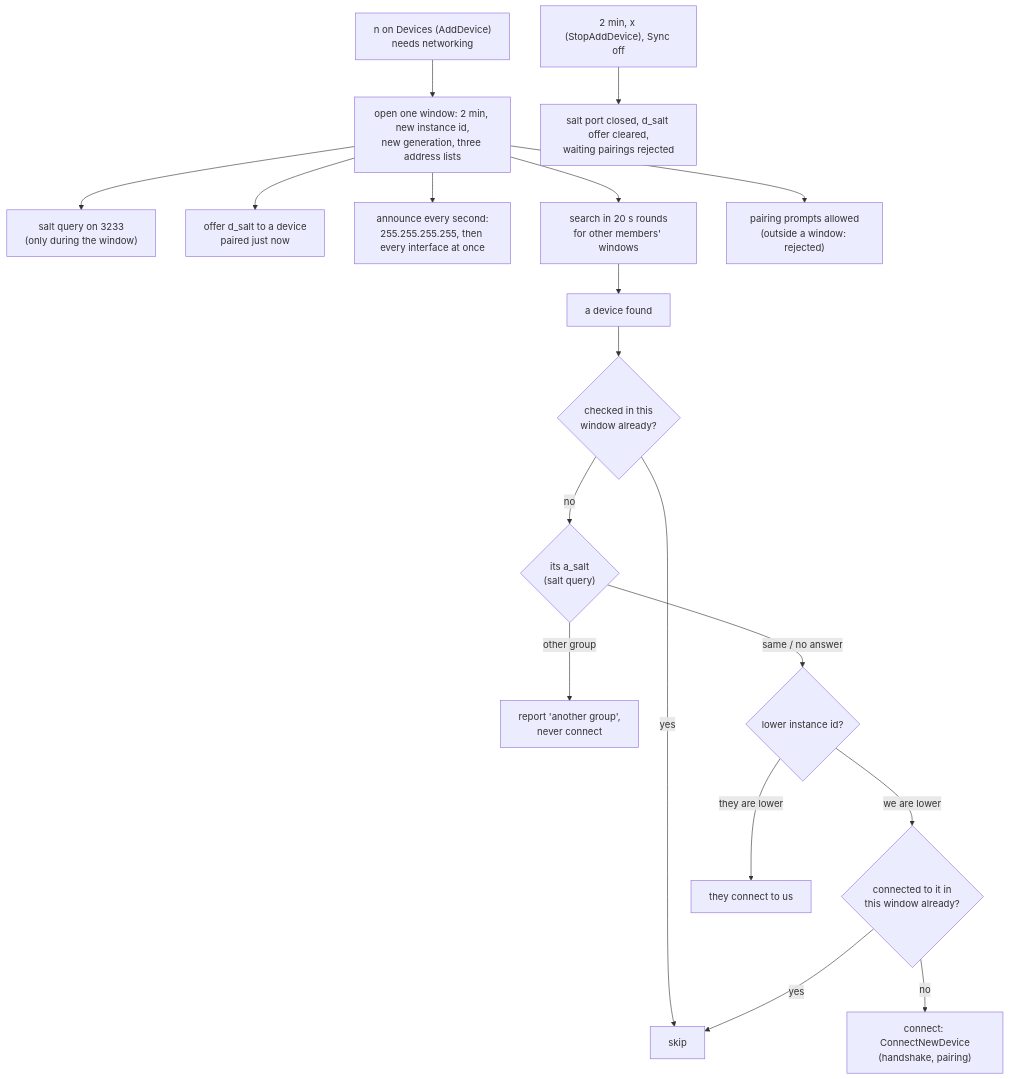
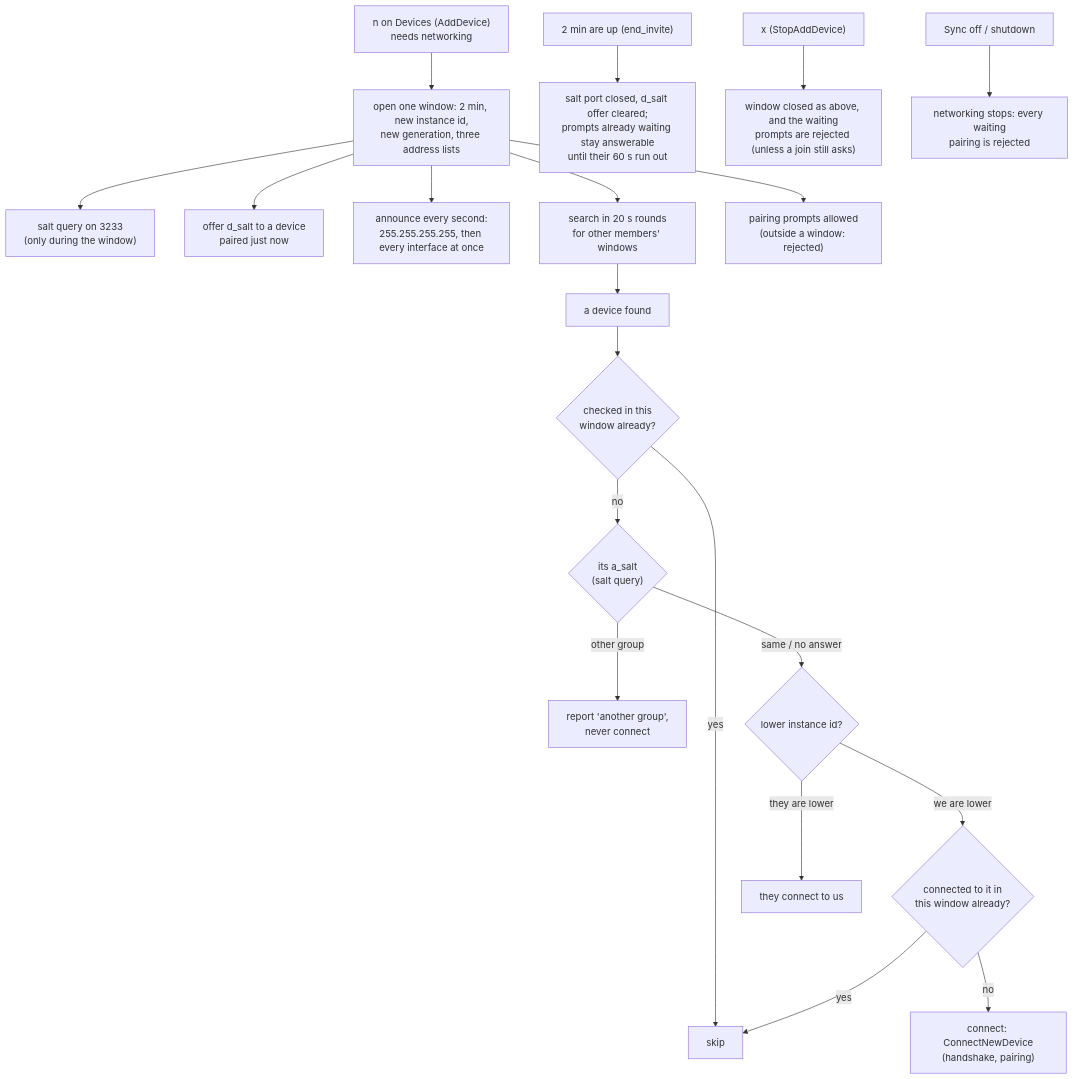
Before and after one commit to czarekkdev/cesaconn: the first of 3 diagrams in docs/diagrams/add-device.md, drawn with Mermaid. The commit also changed other lines of this file and 10 other files, not shown here.

First line of the commit message:
docs(diagrams): match the code on the review points

````diff
--- a/docs/diagrams/add-device.md
+++ b/docs/diagrams/add-device.md
@@ -6,20 +6,22 @@
 ```mermaid
 flowchart TB
     n["n on Devices (AddDevice)<br/>needs networking"] --> open["open one window: 2 min, new instance id,<br/>new generation, three address lists"]
     open --> salt["salt query on 3233<br/>(only during the window)"]
     open --> offer["offer d_salt to a device<br/>paired just now"]
     open --> announce["announce every second:<br/>255.255.255.255, then every interface at once"]
     open --> search["search in 20 s rounds<br/>for other members' windows"]
     open --> prompts["pairing prompts allowed<br/>(outside a window: rejected)"]
     search --> found["a device found"]
     found --> once{"checked in this<br/>window already?"}
     once -- yes --> skip["skip"]
     once -- no --> check{"its a_salt<br/>(salt query)"}
     check -- "other group" --> other["report 'another group',<br/>never connect"]
     check -- "same / no answer" --> id{"lower instance id?"}
     id -- "we are lower" --> connected{"connected to it in<br/>this window already?"}
     connected -- no --> connect["connect: ConnectNewDevice<br/>(handshake, pairing)"]
     connected -- yes --> skip
     id -- "they are lower" --> wait["they connect to us"]
-    close["2 min, x (StopAddDevice), Sync off"] --> closed["salt port closed, d_salt offer cleared,<br/>waiting pairings rejected"]
+    expire["2 min are up (end_invite)"] --> closed["salt port closed, d_salt offer cleared;<br/>prompts already waiting stay answerable<br/>until their 60 s run out"]
+    stop["x (StopAddDevice)"] --> stopped["window closed as above, and the waiting<br/>prompts are rejected (unless a join still asks)"]
+    syncoff["Sync off / shutdown"] --> netoff["networking stops: every waiting<br/>pairing is rejected"]
 ```
````
